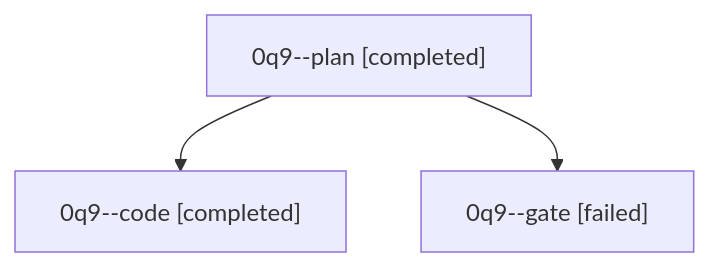
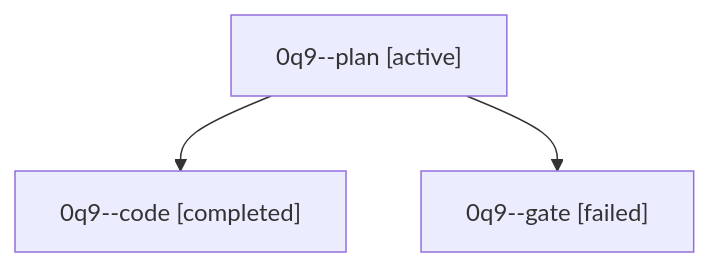
Before and after one commit to sase-org/sase--agents: the diagram in families/bbugyi200.athena.0q9.md, drawn with Mermaid. The commit also changed other lines of this file and 35830 other files, not shown here.

````diff
--- a/families/bbugyi200.athena.0q9.md
+++ b/families/bbugyi200.athena.0q9.md
@@ -9,8 +9,8 @@
 ```mermaid
 flowchart TD
-  n0["0q9--plan [completed]"]
+  n0["0q9--plan [active]"]
   n1["0q9--code [completed]"]
   n0 --> n1
   n2["0q9--gate [failed]"]
   n0 --> n2
 ```
````
